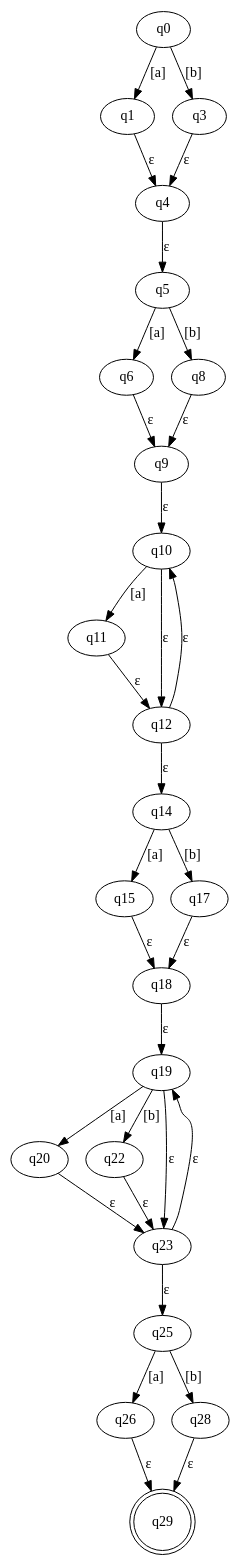
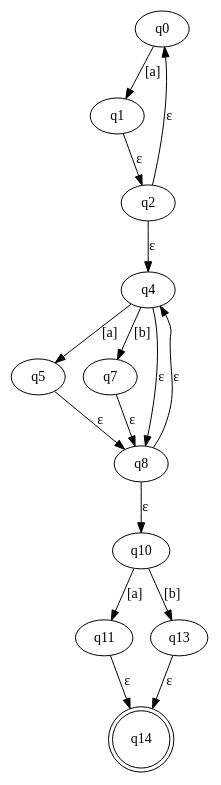
Before and after one commit to bas200o/formele-methoden: the diagram in graph.dot, drawn with Graphviz. The commit also changed 2 other files, not shown here.

```diff
--- a/graph.dot
+++ b/graph.dot
@@ -1,56 +1,28 @@
 digraph ndfa {
 IDq0 [label="q0"];
 IDq1 [label="q1"];
-IDq3 [label="q3"];
+IDq2 [label="q2"];
 IDq4 [label="q4"];
 IDq5 [label="q5"];
-IDq6 [label="q6"];
+IDq7 [label="q7"];
 IDq8 [label="q8"];
-IDq9 [label="q9"];
 IDq10 [label="q10"];
 IDq11 [label="q11"];
-IDq12 [label="q12"];
-IDq14 [label="q14"];
-IDq15 [label="q15"];
-IDq17 [label="q17"];
-IDq18 [label="q18"];
-IDq19 [label="q19"];
-IDq20 [label="q20"];
-IDq22 [label="q22"];
-IDq23 [label="q23"];
-IDq25 [label="q25"];
-IDq26 [label="q26"];
-IDq28 [label="q28"];
-IDq29 [shape = doublecircle] [label="q29"];
+IDq13 [label="q13"];
+IDq14 [shape = doublecircle] [label="q14"];
 IDq0 -> IDq1 [label="[a]"];
-IDq0 -> IDq3 [label="[b]"];
-IDq1 -> IDq4 [label="ε"];
-IDq3 -> IDq4 [label="ε"];
-IDq4 -> IDq5 [label="ε"];
-IDq5 -> IDq6 [label="[a]"];
-IDq5 -> IDq8 [label="[b]"];
-IDq6 -> IDq9 [label="ε"];
-IDq8 -> IDq9 [label="ε"];
-IDq9 -> IDq10 [label="ε"];
+IDq1 -> IDq2 [label="ε"];
+IDq2 -> IDq0 [label="ε"];
+IDq2 -> IDq4 [label="ε"];
+IDq4 -> IDq5 [label="[a]"];
+IDq4 -> IDq7 [label="[b]"];
+IDq4 -> IDq8 [label="ε"];
+IDq5 -> IDq8 [label="ε"];
+IDq7 -> IDq8 [label="ε"];
+IDq8 -> IDq4 [label="ε"];
+IDq8 -> IDq10 [label="ε"];
 IDq10 -> IDq11 [label="[a]"];
-IDq10 -> IDq12 [label="ε"];
-IDq11 -> IDq12 [label="ε"];
-IDq12 -> IDq10 [label="ε"];
-IDq12 -> IDq14 [label="ε"];
-IDq14 -> IDq15 [label="[a]"];
-IDq14 -> IDq17 [label="[b]"];
-IDq15 -> IDq18 [label="ε"];
-IDq17 -> IDq18 [label="ε"];
-IDq18 -> IDq19 [label="ε"];
-IDq19 -> IDq20 [label="[a]"];
-IDq19 -> IDq22 [label="[b]"];
-IDq19 -> IDq23 [label="ε"];
-IDq20 -> IDq23 [label="ε"];
-IDq22 -> IDq23 [label="ε"];
-IDq23 -> IDq19 [label="ε"];
-IDq23 -> IDq25 [label="ε"];
-IDq25 -> IDq26 [label="[a]"];
-IDq25 -> IDq28 [label="[b]"];
-IDq26 -> IDq29 [label="ε"];
-IDq28 -> IDq29 [label="ε"];
+IDq10 -> IDq13 [label="[b]"];
+IDq11 -> IDq14 [label="ε"];
+IDq13 -> IDq14 [label="ε"];
 }
```
